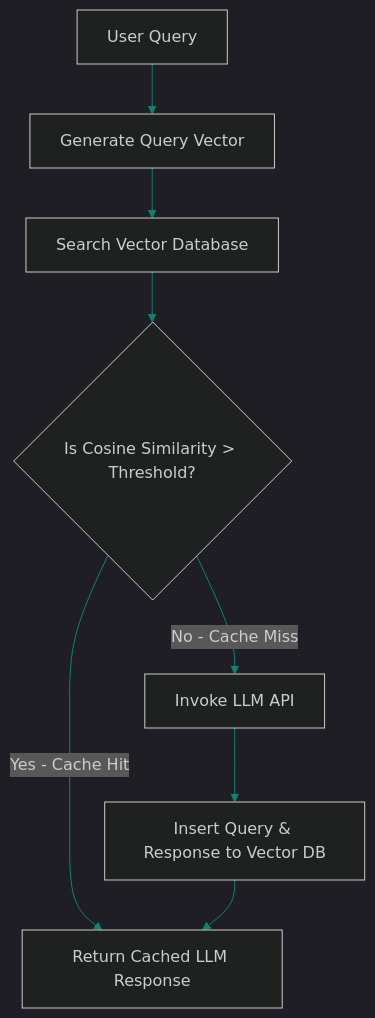
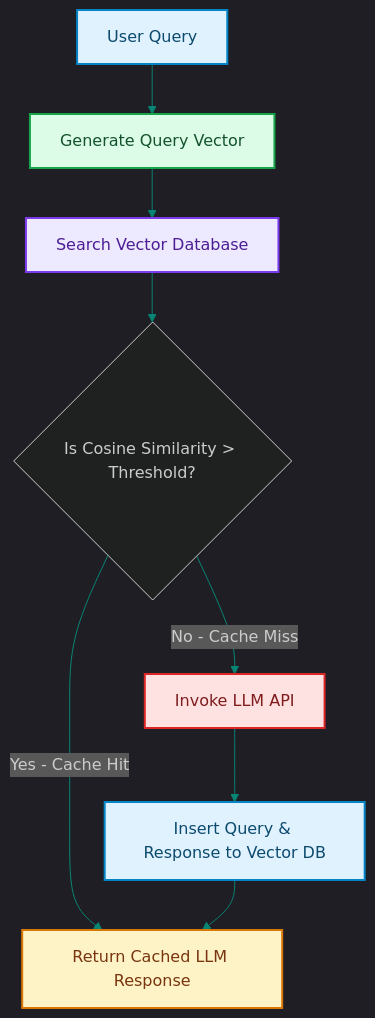
Before and after one commit to akmalkhaniub/akmalkhaniub.github.io: the diagram in blog/posts/semantic-cache-layer-vector-db-redis.md, drawn with Mermaid. The commit also changed other lines of this file and 1291 other files, not shown here.

First line of the commit message:
feat(catalog): unique covers, scholarly references, and diagram palettes

````diff
--- a/blog/posts/semantic-cache-layer-vector-db-redis.md
+++ b/blog/posts/semantic-cache-layer-vector-db-redis.md
@@ -16,11 +16,22 @@
 ```mermaid
 %%{init: {'theme': 'dark', 'themeVariables': { 'primaryColor': '#088574', 'primaryTextColor': '#f3f4f6', 'primaryBorderColor': '#0db49b', 'lineColor': '#088574', 'secondaryColor': '#111827', 'tertiaryColor': '#0b0f19'}}}%%
 flowchart TD
-    User[User Query] --> Embed[Generate Query Vector]
-    Embed --> DBQuery[Search Vector Database]
+    User["User Query"] --> Embed["Generate Query Vector"]
+    Embed --> DBQuery["Search Vector Database"]
     DBQuery --> Match{Is Cosine Similarity > Threshold?}
-    Match -->|Yes - Cache Hit| Return[Return Cached LLM Response]
-    Match -->|No - Cache Miss| LLM[Invoke LLM API]
-    LLM --> WriteCache[Insert Query & Response to Vector DB]
+    Match -->|Yes - Cache Hit| Return["Return Cached LLM Response"]
+    Match -->|No - Cache Miss| LLM["Invoke LLM API"]
+    LLM --> WriteCache["Insert Query & Response to Vector DB"]
     WriteCache --> Return
+
+classDef green fill:#dcfce7,stroke:#16a34a,stroke-width:2px,color:#14532d;
+classDef red fill:#fee2e2,stroke:#dc2626,stroke-width:2px,color:#7f1d1d;
+classDef blue fill:#e0f2fe,stroke:#0284c7,stroke-width:2px,color:#0c4a6e;
+classDef yellow fill:#fef3c7,stroke:#d97706,stroke-width:2px,color:#78350f;
+classDef purple fill:#ede9fe,stroke:#7c3aed,stroke-width:2px,color:#4c1d95;
+class User,WriteCache blue
+class Embed green
+class DBQuery purple
+class Return yellow
+class LLM red
 ```
````
